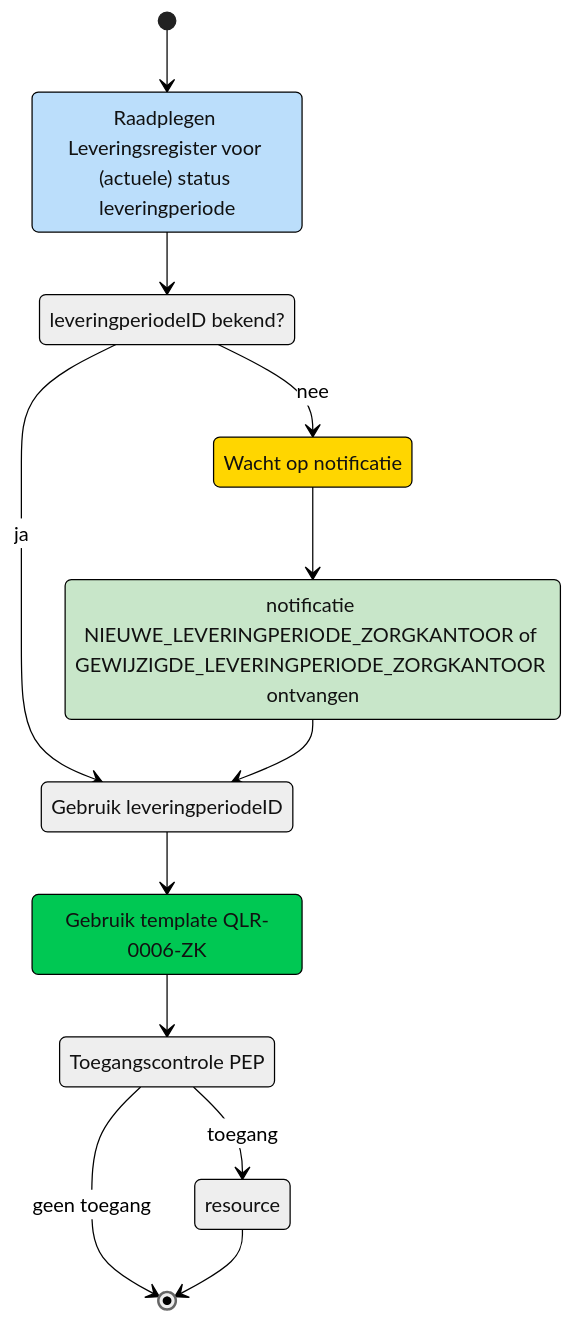
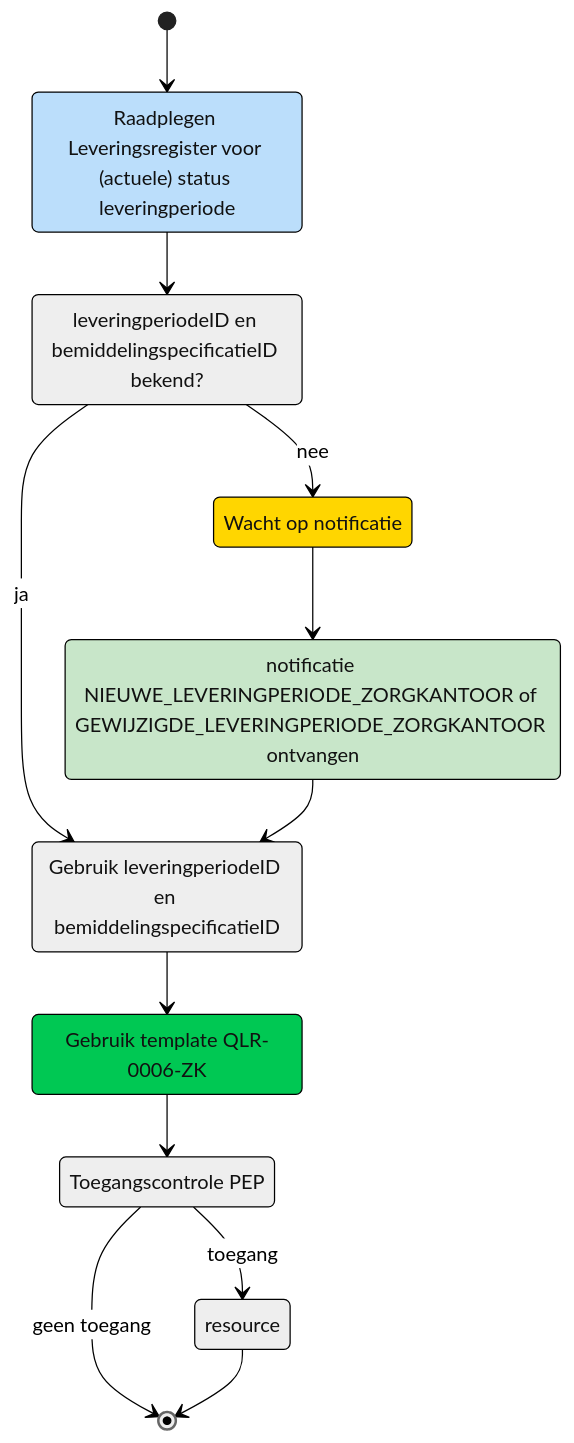
The second of 2 diagrams in raadplegen/zorgkantoor/UCLR-0006-raadplegen.md (iStandaarden/iWlz-levering), drawn with Mermaid before and after one commit. The commit also changed other lines of this file and 3 other files, not shown here.

````diff
--- a/raadplegen/zorgkantoor/UCLR-0006-raadplegen.md
+++ b/raadplegen/zorgkantoor/UCLR-0006-raadplegen.md
@@ -53,32 +53,32 @@
 ```mermaid
 ---
 config:
   theme: neutral
   look: classic
 ---
 stateDiagram
   direction TB
   [*] --> raadplegen
   idAvailable --> notifyWait:nee
   idAvailable --> QBR0001ZAiq:ja
   notifyWait --> notifyReceive
   notifyReceive --> QBR0001ZAiq
   QBR0001ZAiq --> QBR0001ZA
   QBR0001ZA --> PEP
   PEP --> [*]:geen toegang
   PEP --> resource:toegang
   resource --> [*]
   raadplegen --> idAvailable
   raadplegen:Raadplegen Leveringsregister voor (actuele) status leveringperiode
-  idAvailable:leveringperiodeID bekend?
+  idAvailable:leveringperiodeID en bemiddelingspecificatieID bekend?
   notifyWait:Wacht op notificatie
-  QBR0001ZAiq:Gebruik leveringperiodeID
+  QBR0001ZAiq:Gebruik leveringperiodeID en bemiddelingspecificatieID
   notifyReceive:notificatie NIEUWE_LEVERINGPERIODE_ZORGKANTOOR of GEWIJZIGDE_LEVERINGPERIODE_ZORGKANTOOR ontvangen
   QBR0001ZA:Gebruik template QLR-0006-ZK
   PEP:Toegangscontrole PEP
   style raadplegen fill:#BBDEFB,color:none
   style notifyWait fill:#FFD600
   style notifyReceive fill:#C8E6C9
   style QBR0001ZA fill:#00C853
 
 ```
````
